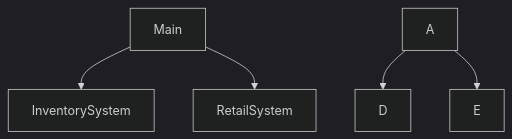
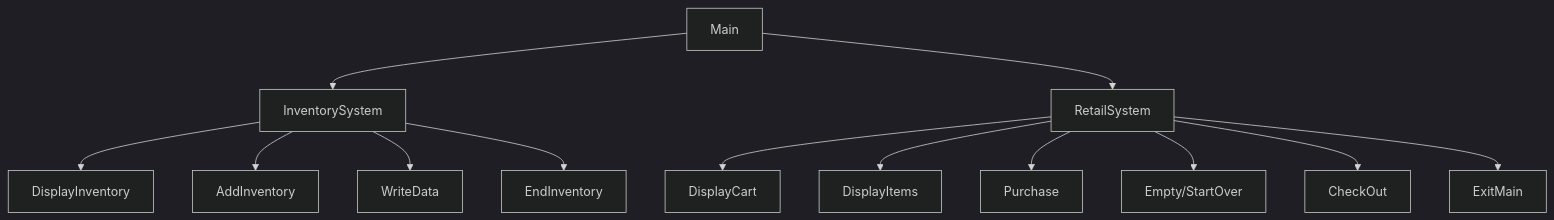
The diagram in README.md (Oliver-915/Chapter-10-Team-Project), drawn with Mermaid (dark theme) before and after one commit.

````diff
--- a/README.md
+++ b/README.md
@@ -8,7 +8,15 @@
 ```mermaid
 graph TD;
   Main-->InventorySystem;
   Main-->RetailSystem;
-  A-->D;
-  A-->E;
+  InventorySystem-->DisplayInventory;
+  InventorySystem-->AddInventory;
+  InventorySystem-->WriteData;
+  InventorySystem-->EndInventory;
+  RetailSystem-->DisplayCart;
+  RetailSystem-->DisplayItems;
+  RetailSystem-->Purchase;
+  RetailSystem-->Empty/StartOver;
+  RetailSystem-->CheckOut;
+  RetailSystem-->ExitMain;
 ```
````
